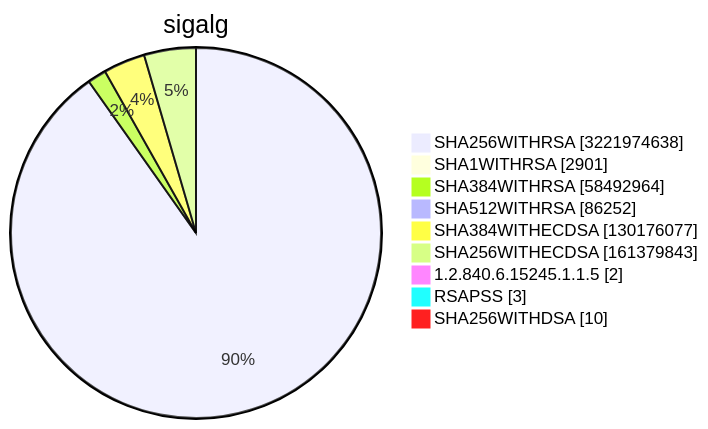
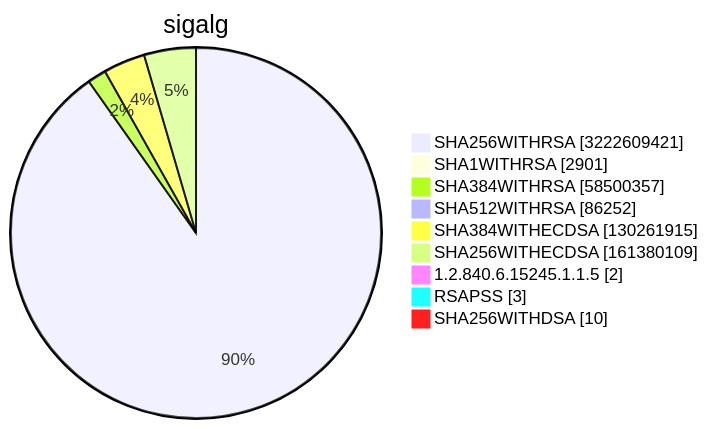
One commit to christiankrug/ctmonitor_visualization changed diagram 15 of 15 in TOTAL/README.md. Above: the diagram before and after it, drawn with Mermaid. The commit also changed other lines of this file, not shown here.

````diff
--- a/TOTAL/README.md
+++ b/TOTAL/README.md
@@ -6217,13 +6217,13 @@
 ```mermaid
 pie showData
 title sigalg
-"SHA256WITHRSA" :3221974638
+"SHA256WITHRSA" :3222609421
 "SHA1WITHRSA" :2901
-"SHA384WITHRSA" :58492964
+"SHA384WITHRSA" :58500357
 "SHA512WITHRSA" :86252
-"SHA384WITHECDSA" :130176077
-"SHA256WITHECDSA" :161379843
+"SHA384WITHECDSA" :130261915
+"SHA256WITHECDSA" :161380109
 "1.2.840.6.15245.1.1.5" :2
 "RSAPSS" :3
 "SHA256WITHDSA" :10
 ```
````
